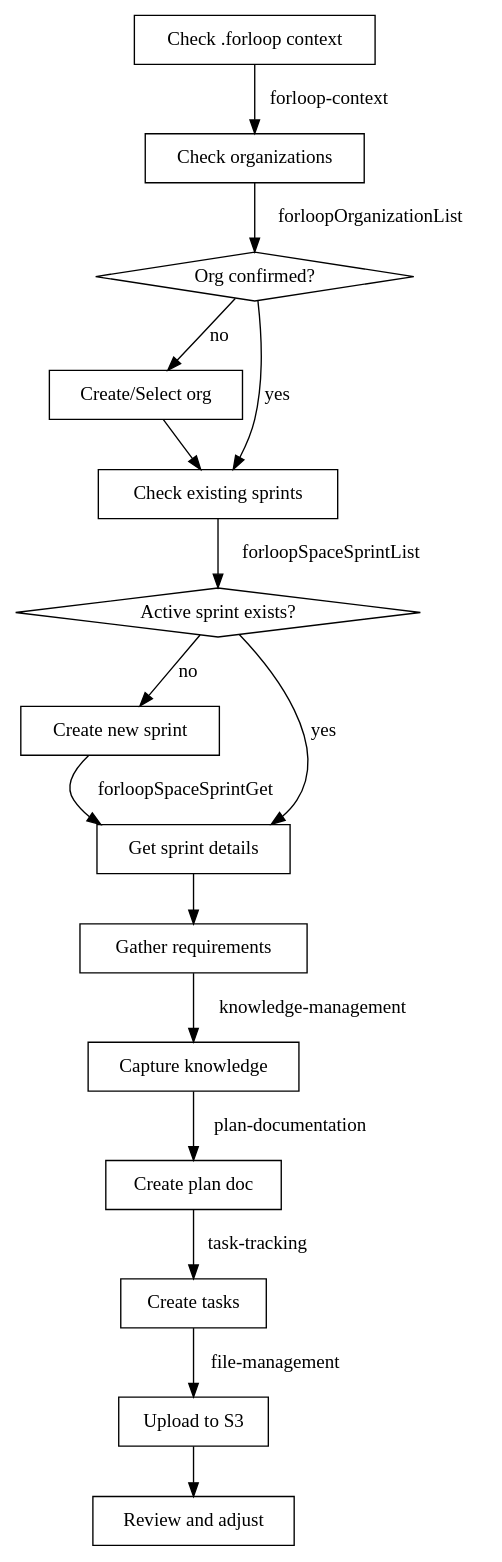
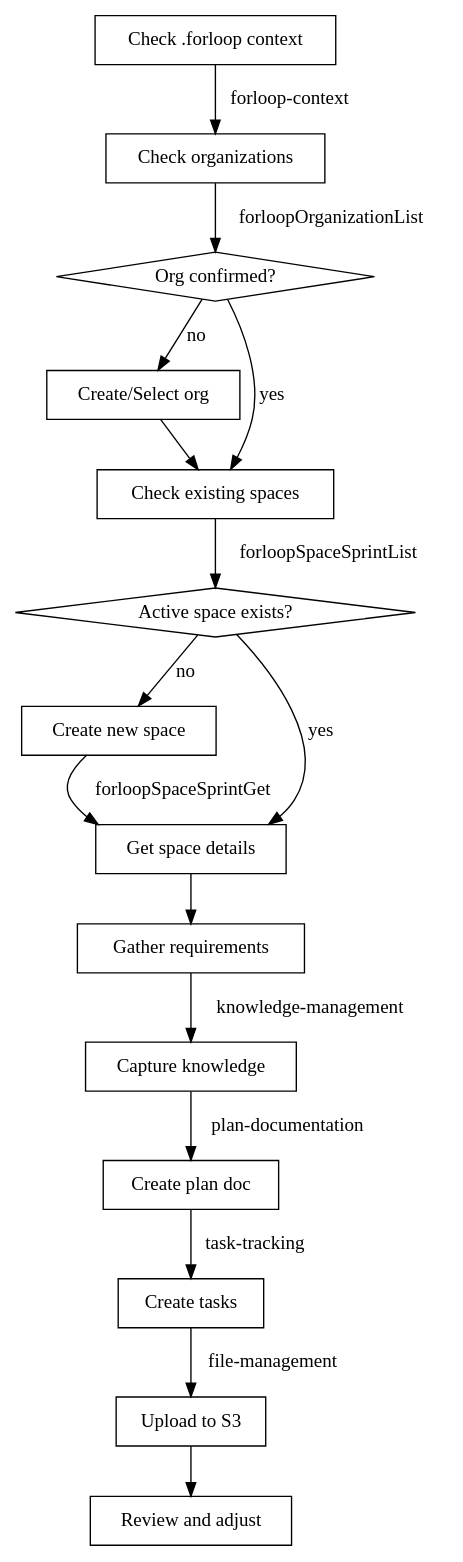
Before and after one commit to forloop-cc/forloop-agents-skills: the diagram in skills/sprint-planning/SKILL.md, drawn with Graphviz. The commit also changed other lines of this file and 55 other files, not shown here.

````diff
--- a/skills/sprint-planning/SKILL.md
+++ b/skills/sprint-planning/SKILL.md
@@ -58,34 +58,34 @@
 ```dot
 digraph sprint_planning {
     "Check .forloop context" [shape=box];
     "Check organizations" [shape=box];
     "Org confirmed?" [shape=diamond];
     "Create/Select org" [shape=box];
-    "Check existing sprints" [shape=box];
-    "Active sprint exists?" [shape=diamond];
-    "Create new sprint" [shape=box];
-    "Get sprint details" [shape=box];
+    "Check existing spaces" [shape=box];
+    "Active space exists?" [shape=diamond];
+    "Create new space" [shape=box];
+    "Get space details" [shape=box];
     "Gather requirements" [shape=box];
     "Capture knowledge" [shape=box];
     "Create plan doc" [shape=box];
     "Create tasks" [shape=box];
     "Upload to S3" [shape=box];
     "Review and adjust" [shape=box];
 
     "Check .forloop context" -> "Check organizations" [label="forloop-context"];
     "Check organizations" -> "Org confirmed?" [label="forloopOrganizationList"];
-    "Org confirmed?" -> "Check existing sprints" [label="yes"];
+    "Org confirmed?" -> "Check existing spaces" [label="yes"];
     "Org confirmed?" -> "Create/Select org" [label="no"];
-    "Create/Select org" -> "Check existing sprints";
-    "Check existing sprints" -> "Active sprint exists?" [label="forloopSpaceSprintList"];
-    "Active sprint exists?" -> "Get sprint details" [label="yes"];
-    "Active sprint exists?" -> "Create new sprint" [label="no"];
-    "Create new sprint" -> "Get sprint details" [label="forloopSpaceSprintGet"];
-    "Get sprint details" -> "Gather requirements";
+    "Create/Select org" -> "Check existing spaces";
+    "Check existing spaces" -> "Active space exists?" [label="forloopSpaceSprintList"];
+    "Active space exists?" -> "Get space details" [label="yes"];
+    "Active space exists?" -> "Create new space" [label="no"];
+    "Create new space" -> "Get space details" [label="forloopSpaceSprintGet"];
+    "Get space details" -> "Gather requirements";
     "Gather requirements" -> "Capture knowledge" [label="knowledge-management"];
     "Capture knowledge" -> "Create plan doc" [label="plan-documentation"];
     "Create plan doc" -> "Create tasks" [label="task-tracking"];
     "Create tasks" -> "Upload to S3" [label="file-management"];
     "Upload to S3" -> "Review and adjust";
 }
 ```
````
